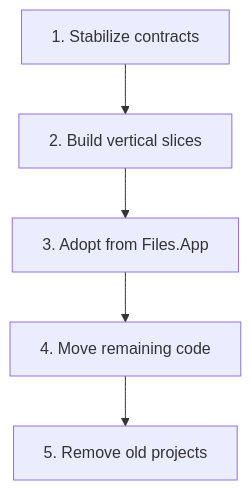
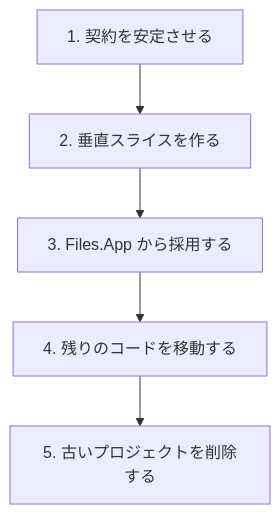
Before and after one commit to 0x5bfa/Files: the second of 3 diagrams in docs/architecture/migration.md, drawn with Mermaid. The commit also changed other lines of this file and 18 other files, not shown here.

Commit message:
Translate architecture docs to Japanese

````diff
--- a/docs/architecture/migration.md
+++ b/docs/architecture/migration.md
@@ -17,13 +17,13 @@
 ```mermaid
 flowchart TD
-    Contracts["1. Stabilize contracts"]
-    Slice["2. Build vertical slices"]
-    Adopt["3. Adopt from Files.App"]
-    Move["4. Move remaining code"]
-    Delete["5. Remove old projects"]
+    Contracts["1. 契約を安定させる"]
+    Slice["2. 垂直スライスを作る"]
+    Adopt["3. Files.App から採用する"]
+    Move["4. 残りのコードを移動する"]
+    Delete["5. 古いプロジェクトを削除する"]
 
     Contracts --> Slice
     Slice --> Adopt
     Adopt --> Move
     Move --> Delete
 ```
````
